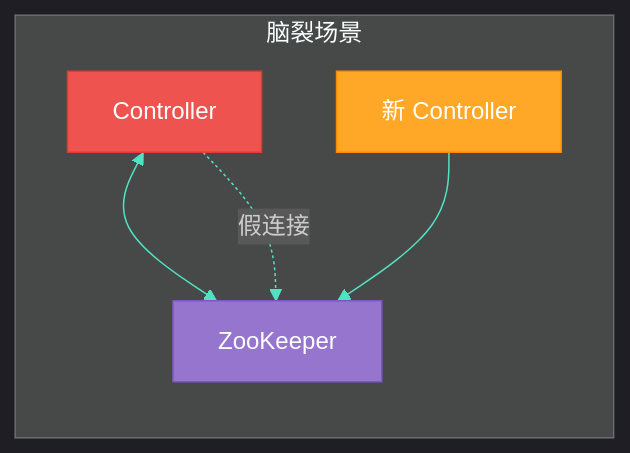
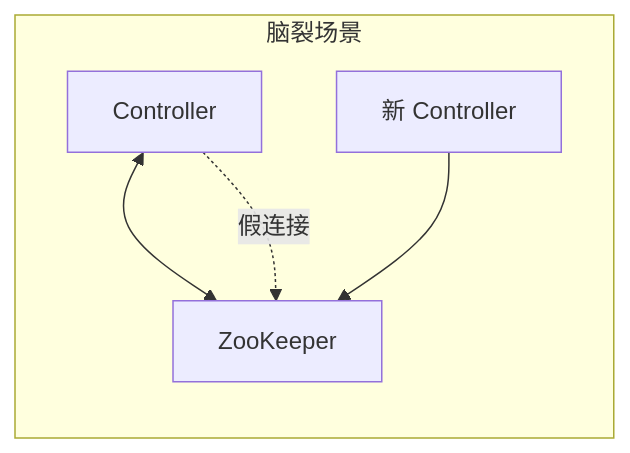
One commit to dd-xiaozhi/study-notes changed diagram 15 of 15 in 中间件/消息队列/kafka/第2章-核心原理.md. Above: the diagram before and after it, drawn with Mermaid. The commit also changed other lines of this file and 45 other files, not shown here.

````diff
--- a/中间件/消息队列/kafka/第2章-核心原理.md
+++ b/中间件/消息队列/kafka/第2章-核心原理.md
@@ -913,31 +801,22 @@
 ```mermaid
-%%{init: {'theme': 'dark', 'themeVariables': {
+%%{ init: { 'theme': 'dark', 'themeVariables': {
     'primaryColor': '#4A90E2',
     'primaryTextColor': '#fff',
     'primaryBorderColor': '#357ABD',
     'lineColor': '#50E3C2',
     'secondaryColor': '#66BB6A',
     'tertiaryColor': '#9575CD',
     'noteBkgColor': '#2C3E50',
     'noteTextColor': '#ECF0F1',
     'actorBkg': '#4A90E2',
     'actorBorder': '#357ABD',
     'signalColor': '#50E3C2',
     'signalTextColor': '#fff'
-}}}%%
+} }%%
 flowchart LR
-    classDef primary fill:#4A90E2,stroke:#357ABD,color:#fff
-    classDef success fill:#66BB6A,stroke:#4CAF50,color:#fff
-    classDef warning fill:#FFA726,stroke:#FB8C00,color:#fff
-    classDef danger fill:#EF5350,stroke:#E53935,color:#fff
-    classDef purple fill:#9575CD,stroke:#7E57C2,color:#fff
-    classDef cyan fill:#4DD0E1,stroke:#26C6DA,color:#fff
     subgraph 脑裂场景
         C1[Controller] <--> ZK[ZooKeeper]
         C1 -.->|假连接| ZK
         C2[新 Controller] --> ZK
     end
-    class C1 danger
-    class C2 warning
-    class ZK purple
 ```
````
